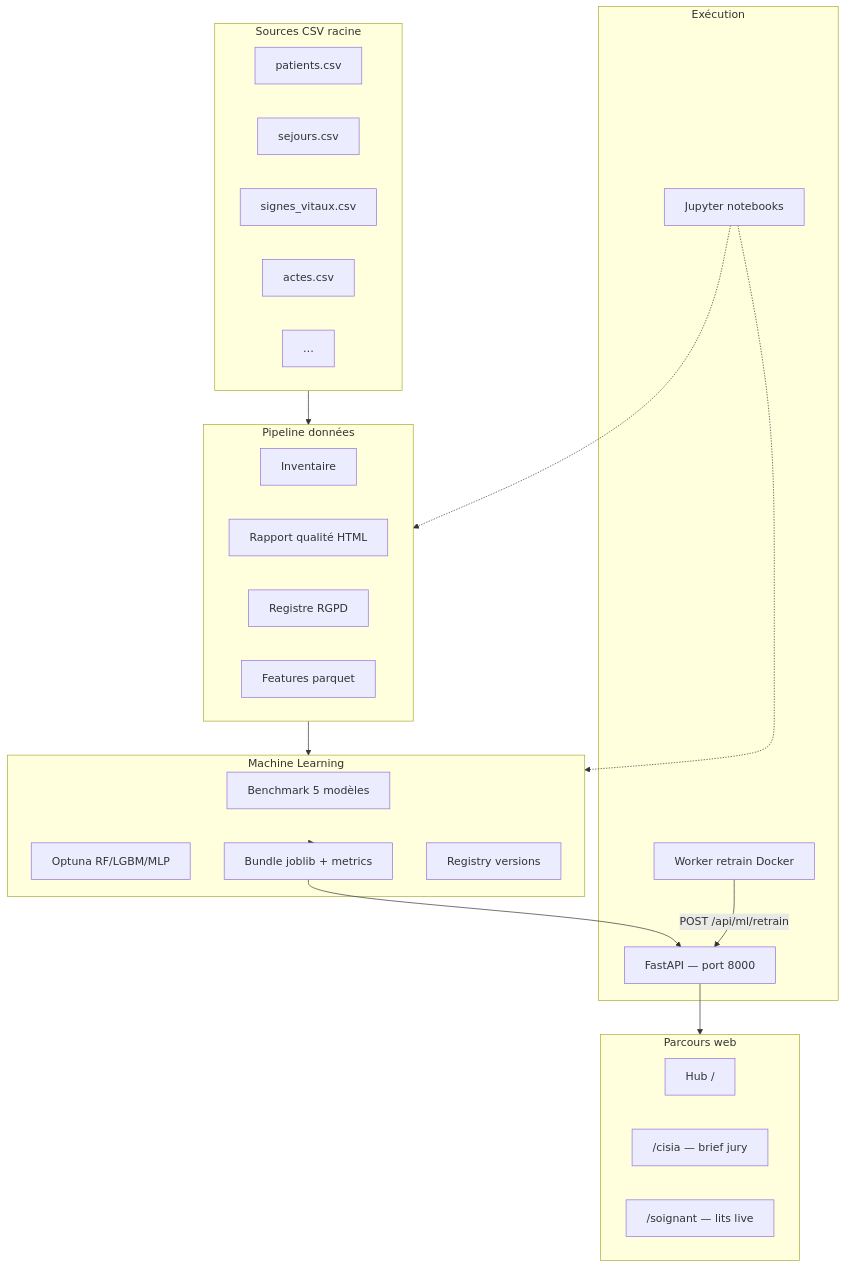
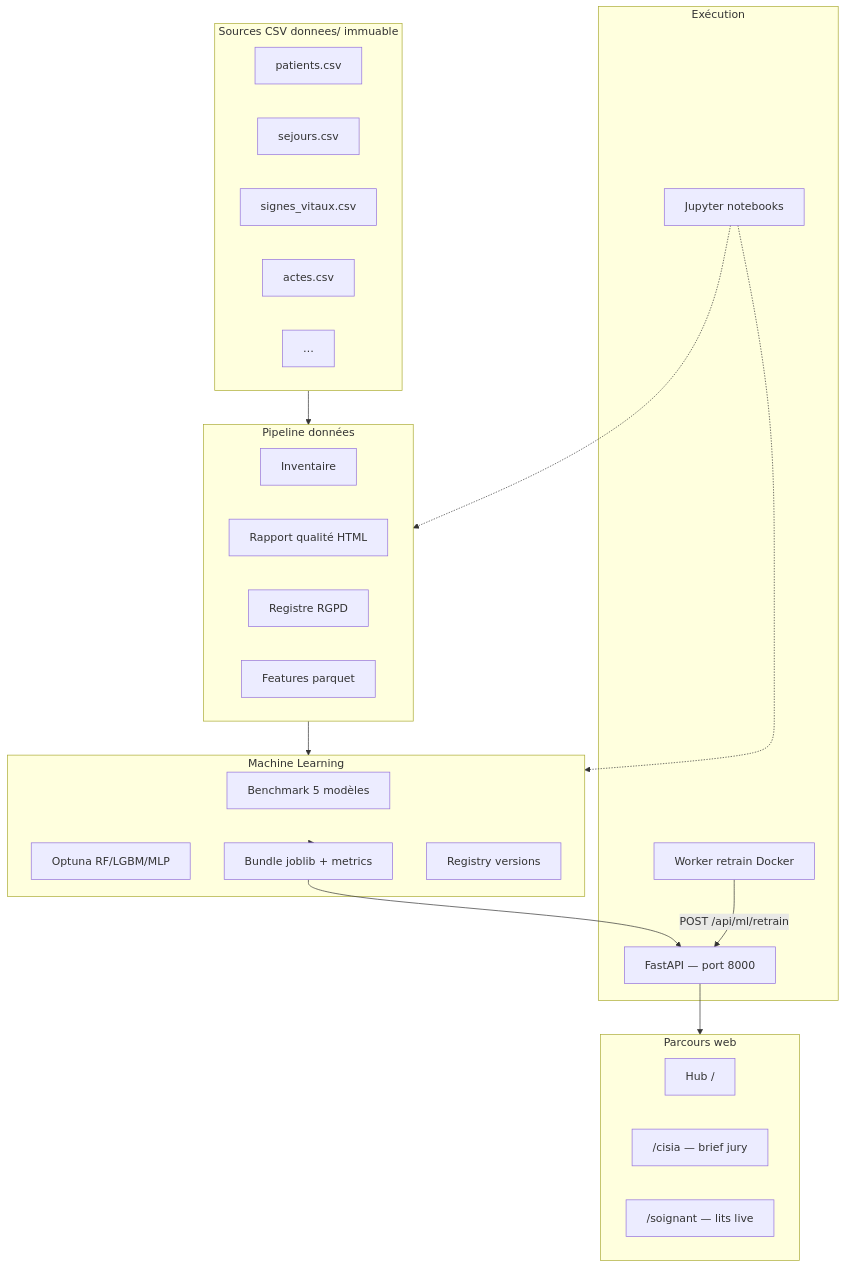
One commit to Leo-Segalini/CISIA---Sujet-Sante- changed the diagram in README.md. Above: the diagram before and after it, drawn with Mermaid. The commit also changed other lines of this file and 62 other files, not shown here.

````diff
--- a/README.md
+++ b/README.md
@@ -39,45 +64,45 @@
 ```mermaid
 flowchart TB
-    subgraph sources [Sources CSV racine]
+    subgraph sources [Sources CSV donnees/ immuable]
         P[patients.csv]
         S[sejours.csv]
         SV[signes_vitaux.csv]
         A[actes.csv]
         autres[…]
     end
 
     subgraph pipeline [Pipeline données]
         INV[Inventaire]
         QL[Rapport qualité HTML]
         RG[Registre RGPD]
         FEAT[Features parquet]
     end
 
     subgraph ml [Machine Learning]
         BENCH[Benchmark 5 modèles]
         OPT[Optuna RF/LGBM/MLP]
         DEP[Bundle joblib + metrics]
         REG[Registry versions]
     end
 
     subgraph runtime [Exécution]
         API[FastAPI — port 8000]
         RT[Worker retrain Docker]
         JN[Jupyter notebooks]
     end
 
     subgraph ui [Parcours web]
         HUB[Hub /]
         CISIA["/cisia — brief jury"]
         SOIG["/soignant — lits live"]
     end
 
     sources --> pipeline
     pipeline --> ml
     ml --> DEP
     DEP --> API
     RT -->|POST /api/ml/retrain| API
     API --> ui
     JN -.-> pipeline
     JN -.-> ml
 ```
````
